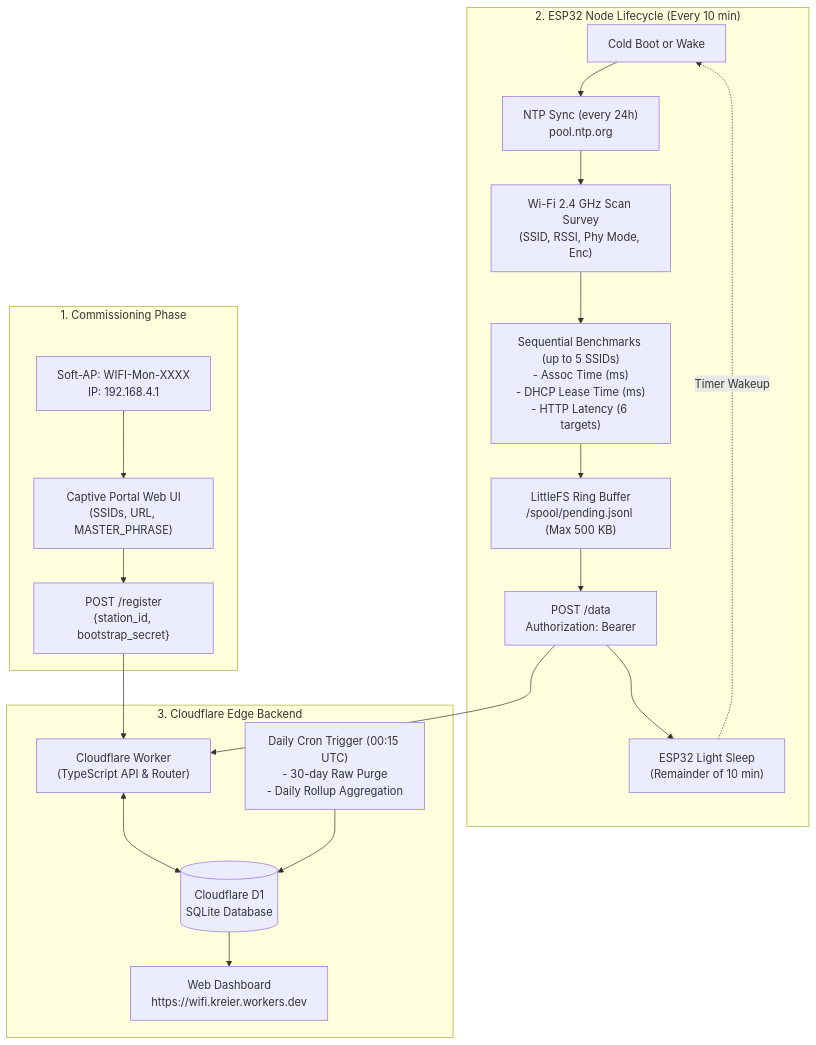
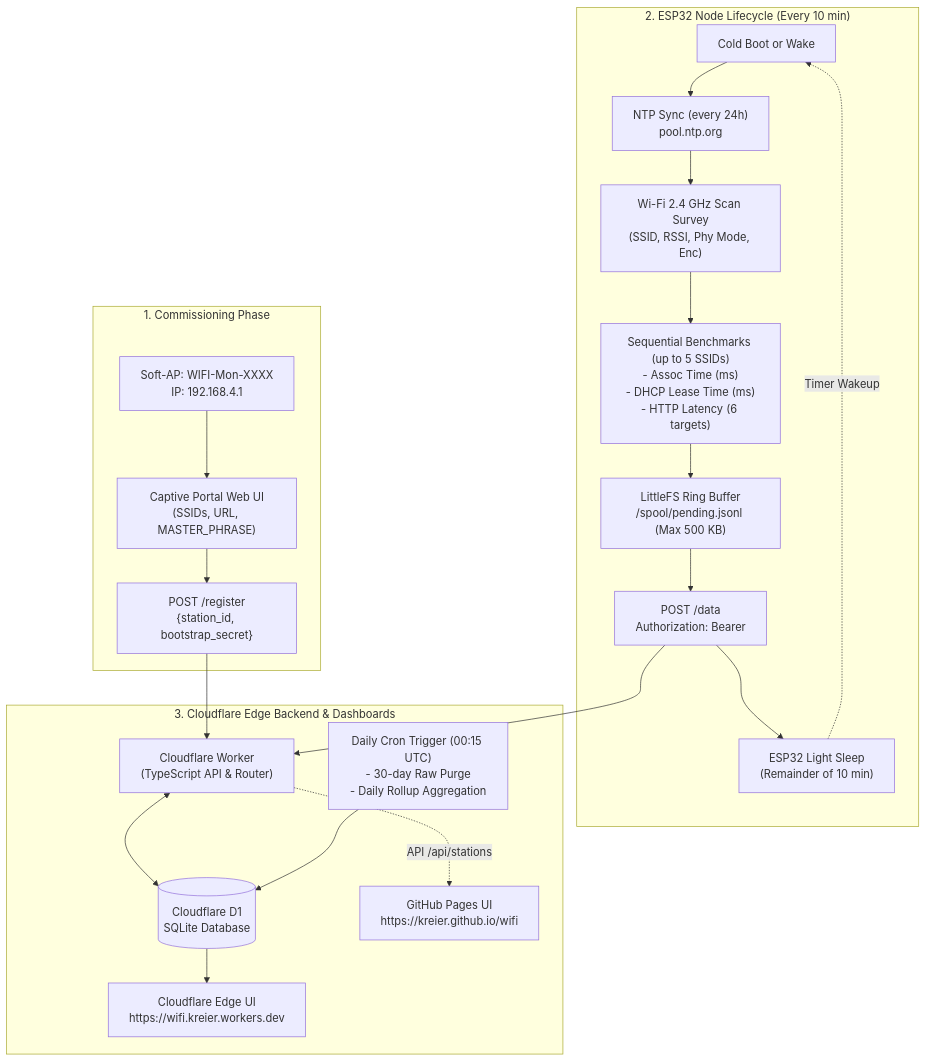
Before and after one commit to flynn0/T18: the diagram in README.md, drawn with Mermaid. The commit also changed other lines of this file and 8 other files, not shown here.

Commit message:
feat(v0.2.0): bump version to 0.2.0, add GitHub Pages workflow and direct station routing

````diff
--- a/README.md
+++ b/README.md
@@ -24,35 +35,37 @@
 ```mermaid
 flowchart TD
     subgraph Commissioning ["1. Commissioning Phase"]
         AP["Soft-AP: WIFI-Mon-XXXX<br/>IP: 192.168.4.1"]
         Portal["Captive Portal Web UI<br/>(SSIDs, URL, MASTER_PHRASE)"]
         Reg["POST /register<br/>{station_id, bootstrap_secret}"]
         AP --> Portal --> Reg
     end
 
     subgraph ESP32 ["2. ESP32 Node Lifecycle (Every 10 min)"]
         Boot["Cold Boot or Wake"]
         NTP["NTP Sync (every 24h)<br/>pool.ntp.org"]
         Scan["Wi-Fi 2.4 GHz Scan Survey<br/>(SSID, RSSI, Phy Mode, Enc)"]
         Bench["Sequential Benchmarks (up to 5 SSIDs)<br/>- Assoc Time (ms)<br/>- DHCP Lease Time (ms)<br/>- HTTP Latency (6 targets)"]
         Spool["LittleFS Ring Buffer<br/>/spool/pending.jsonl (Max 500 KB)"]
         Upload["POST /data<br/>Authorization: Bearer <device_token>"]
         Sleep["ESP32 Light Sleep<br/>(Remainder of 10 min)"]
 
         Boot --> NTP --> Scan --> Bench --> Spool --> Upload --> Sleep
         Sleep -.->|Timer Wakeup| Boot
     end
 
-    subgraph Backend ["3. Cloudflare Edge Backend"]
+    subgraph Backend ["3. Cloudflare Edge Backend & Dashboards"]
         Worker["Cloudflare Worker<br/>(TypeScript API & Router)"]
         D1[("Cloudflare D1<br/>SQLite Database")]
         Cron["Daily Cron Trigger (00:15 UTC)<br/>- 30-day Raw Purge<br/>- Daily Rollup Aggregation"]
-        UI["Web Dashboard<br/>https://wifi.kreier.workers.dev"]
+        CFUI["Cloudflare Edge UI<br/>https://wifi.kreier.workers.dev"]
+        GHUI["GitHub Pages UI<br/>https://kreier.github.io/wifi"]
 
         Reg --> Worker
         Upload --> Worker
         Worker <--> D1
         Cron --> D1
-        D1 --> UI
+        D1 --> CFUI
+        Worker -.->|API /api/stations| GHUI
     end
 ```
````
